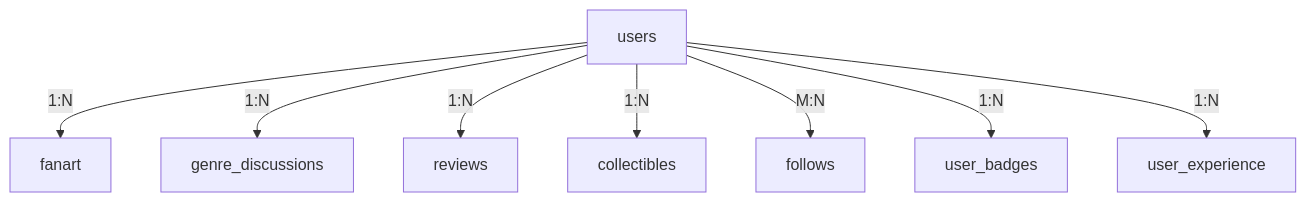
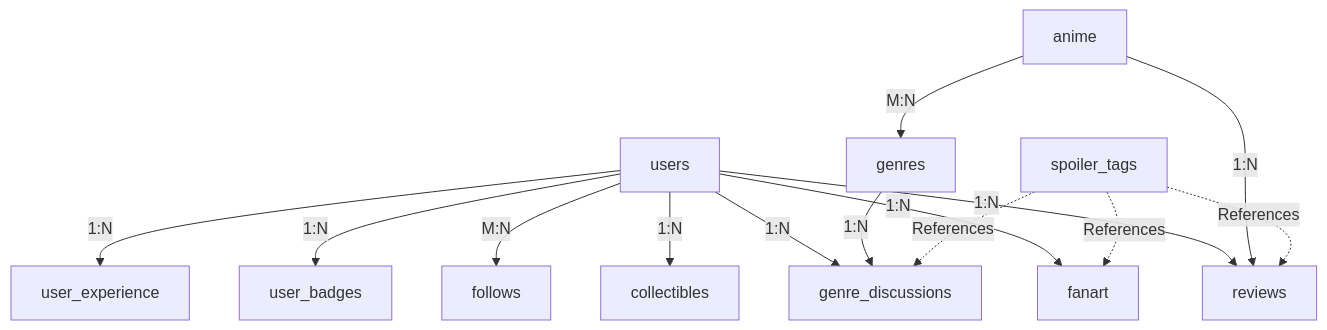
One commit to fatin-anjum/AnimeVerse changed the diagram in README.md. Above: the diagram before and after it, drawn with Mermaid. The commit also changed other lines of this file and 2 other files, not shown here.

````diff
--- a/README.md
+++ b/README.md
@@ -234,10 +251,16 @@
 ```mermaid
 graph TB
     Users[users] --> |1:N| FanArt[fanart]
     Users --> |1:N| Discussions[genre_discussions]
     Users --> |1:N| Reviews[reviews]
     Users --> |1:N| Collectibles[collectibles]
     Users --> |M:N| Follows[follows]
     Users --> |1:N| Badges[user_badges]
     Users --> |1:N| Experience[user_experience]
+    Anime[anime] --> |1:N| Reviews[reviews]
+    Anime --> |M:N| Genres[anime_genres]
+    Genres[genres] --> |1:N| Discussions[genre_discussions]
+    SpoilerTags[spoiler_tags] -.-> |References| Reviews
+    SpoilerTags -.-> |References| FanArt
+    SpoilerTags -.-> |References| Discussions
 ```
````
